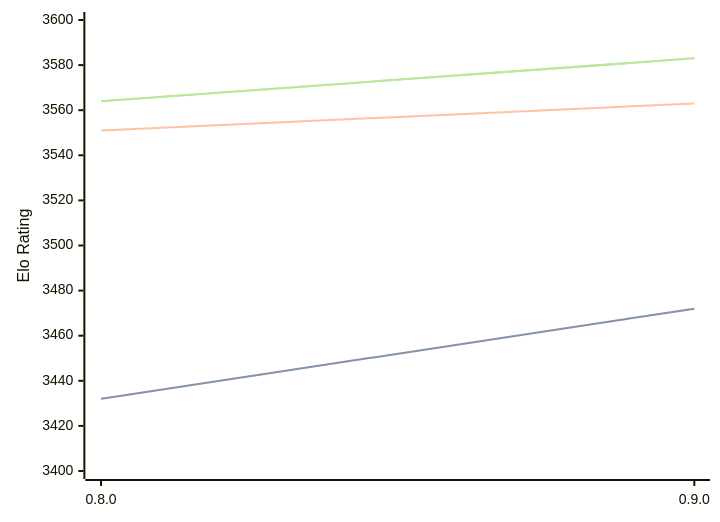
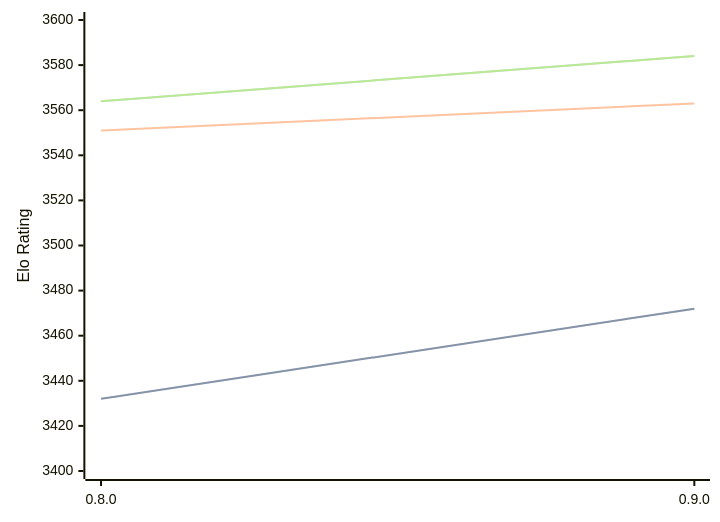
Before and after one commit to computer-chess-index/cci: the diagram in engines/Reckless.md, drawn with Mermaid. The commit also changed other lines of this file, not shown here.

Commit message:
Update CCI Ratings (ELO VLTC) - 2026-07-31

````diff
--- a/engines/Reckless.md
+++ b/engines/Reckless.md
@@ -39,11 +39,11 @@
 ```mermaid
 %%{init: {"theme":"base","themeVariables":{"seriesColors:['#a3a3a3','#222221','#faa371']}}}%%
 xychart-beta
   x-axis ["0.8.0", "0.9.0"]
   y-axis "Elo Rating" 3400 --> 3600
   line "STC (8.0+0.08s)" [3432, 3472]
   line "STC (8.0+0.08s)" [3432, 3472]
   line "LTC (60.0+0.60s)" [3551, 3563]
-  line "VLTC (2m24s+1.12s)" [3564, 3583]
-  line "VLTC (2m24s+1.12s)" [3564, 3583]
+  line "VLTC (2m24s+1.12s)" [3564, 3584]
+  line "VLTC (2m24s+1.12s)" [3564, 3584]
 ```
````
